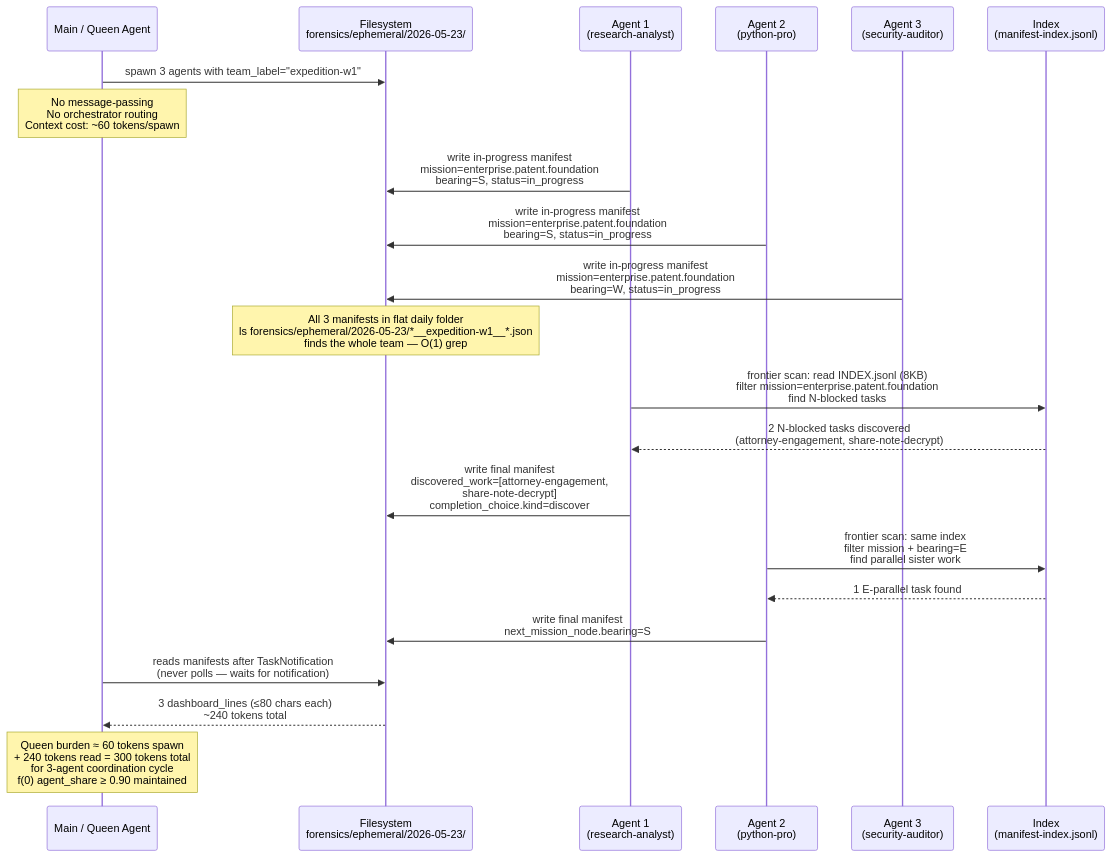
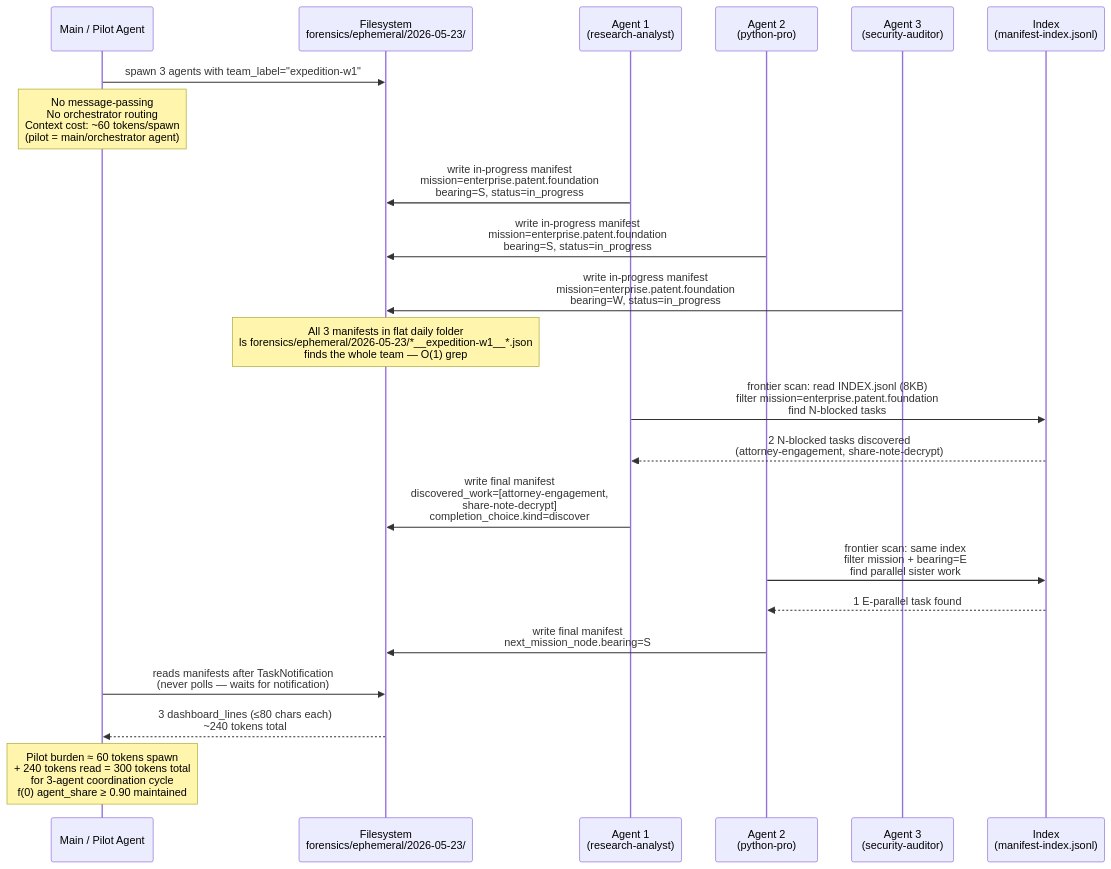
One commit to goodoleusa/faerie-vault-bkp changed the third of 4 diagrams in 00-Patent/PATENT-APPLICATION-DRAFT.md. Above: the diagram before and after it, drawn with Mermaid. The commit also changed other lines of this file and 8 other files, not shown here.

````diff
--- a/00-Patent/PATENT-APPLICATION-DRAFT.md
+++ b/00-Patent/PATENT-APPLICATION-DRAFT.md
@@ -233,32 +238,32 @@
 ```mermaid
 sequenceDiagram
-    participant Queen as Main / Queen Agent
+    participant Queen as Main / Pilot Agent
     participant FS as Filesystem<br/>forensics/ephemeral/2026-05-23/
     participant A1 as Agent 1<br/>(research-analyst)
     participant A2 as Agent 2<br/>(python-pro)
     participant A3 as Agent 3<br/>(security-auditor)
     participant IDX as Index<br/>(manifest-index.jsonl)
 
     Queen->>FS: spawn 3 agents with team_label="expedition-w1"
-    Note over Queen: No message-passing<br/>No orchestrator routing<br/>Context cost: ~60 tokens/spawn
+    Note over Queen: No message-passing<br/>No orchestrator routing<br/>Context cost: ~60 tokens/spawn<br/>(pilot = main/orchestrator agent)
 
     A1->>FS: write in-progress manifest<br/>mission=enterprise.patent.foundation<br/>bearing=S, status=in_progress
     A2->>FS: write in-progress manifest<br/>mission=enterprise.patent.foundation<br/>bearing=S, status=in_progress
     A3->>FS: write in-progress manifest<br/>mission=enterprise.patent.foundation<br/>bearing=W, status=in_progress
 
     Note over FS: All 3 manifests in flat daily folder<br/>ls forensics/ephemeral/2026-05-23/*__expedition-w1__*.json<br/>finds the whole team — O(1) grep
 
     A1->>IDX: frontier scan: read INDEX.jsonl (8KB)<br/>filter mission=enterprise.patent.foundation<br/>find N-blocked tasks
     IDX-->>A1: 2 N-blocked tasks discovered<br/>(attorney-engagement, share-note-decrypt)
 
     A1->>FS: write final manifest<br/>discovered_work=[attorney-engagement,<br/>share-note-decrypt]<br/>completion_choice.kind=discover
 
     A2->>IDX: frontier scan: same index<br/>filter mission + bearing=E<br/>find parallel sister work
     IDX-->>A2: 1 E-parallel task found
 
     A2->>FS: write final manifest<br/>next_mission_node.bearing=S
 
     Queen->>FS: reads manifests after TaskNotification<br/>(never polls — waits for notification)
     FS-->>Queen: 3 dashboard_lines (≤80 chars each)<br/>~240 tokens total
-    Note over Queen: Queen burden ≈ 60 tokens spawn<br/>+ 240 tokens read = 300 tokens total<br/>for 3-agent coordination cycle<br/>f(0) agent_share ≥ 0.90 maintained
+    Note over Queen: Pilot burden ≈ 60 tokens spawn<br/>+ 240 tokens read = 300 tokens total<br/>for 3-agent coordination cycle<br/>f(0) agent_share ≥ 0.90 maintained
 ```
````
